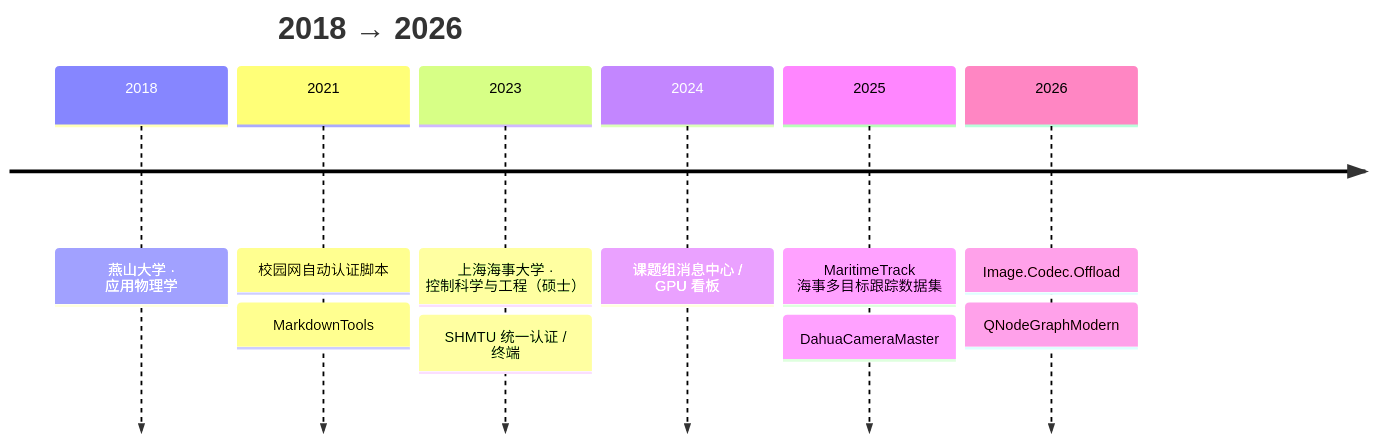
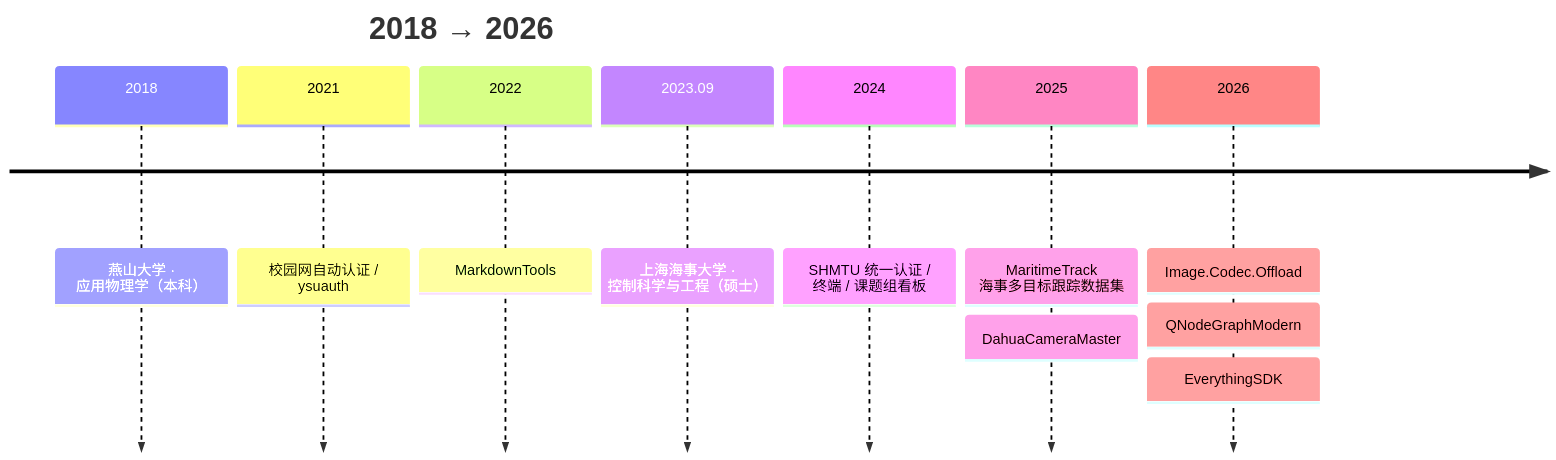
One commit to a645162/a645162 changed the first of 2 diagrams in README.md. Above: the diagram before and after it, drawn with Mermaid. The commit also changed other lines of this file, not shown here.

````diff
--- a/README.md
+++ b/README.md
@@ -108,14 +108,14 @@
 ```mermaid
 timeline
     title 2018 → 2026
-    2018 : 燕山大学 · 应用物理学
-    2021 : 校园网自动认证脚本
-         : MarkdownTools
-    2023 : 上海海事大学 · 控制科学与工程（硕士）
-         : SHMTU 统一认证 / 终端
-    2024 : 课题组消息中心 / GPU 看板
+    2018 : 燕山大学 · 应用物理学（本科）
+    2021 : 校园网自动认证 / ysuauth
+    2022 : MarkdownTools
+    2023.09 : 上海海事大学 · 控制科学与工程（硕士）
+    2024 : SHMTU 统一认证 / 终端 / 课题组看板
     2025 : MaritimeTrack 海事多目标跟踪数据集
          : DahuaCameraMaster
     2026 : Image.Codec.Offload
          : QNodeGraphModern
+         : EverythingSDK
 ```
````
